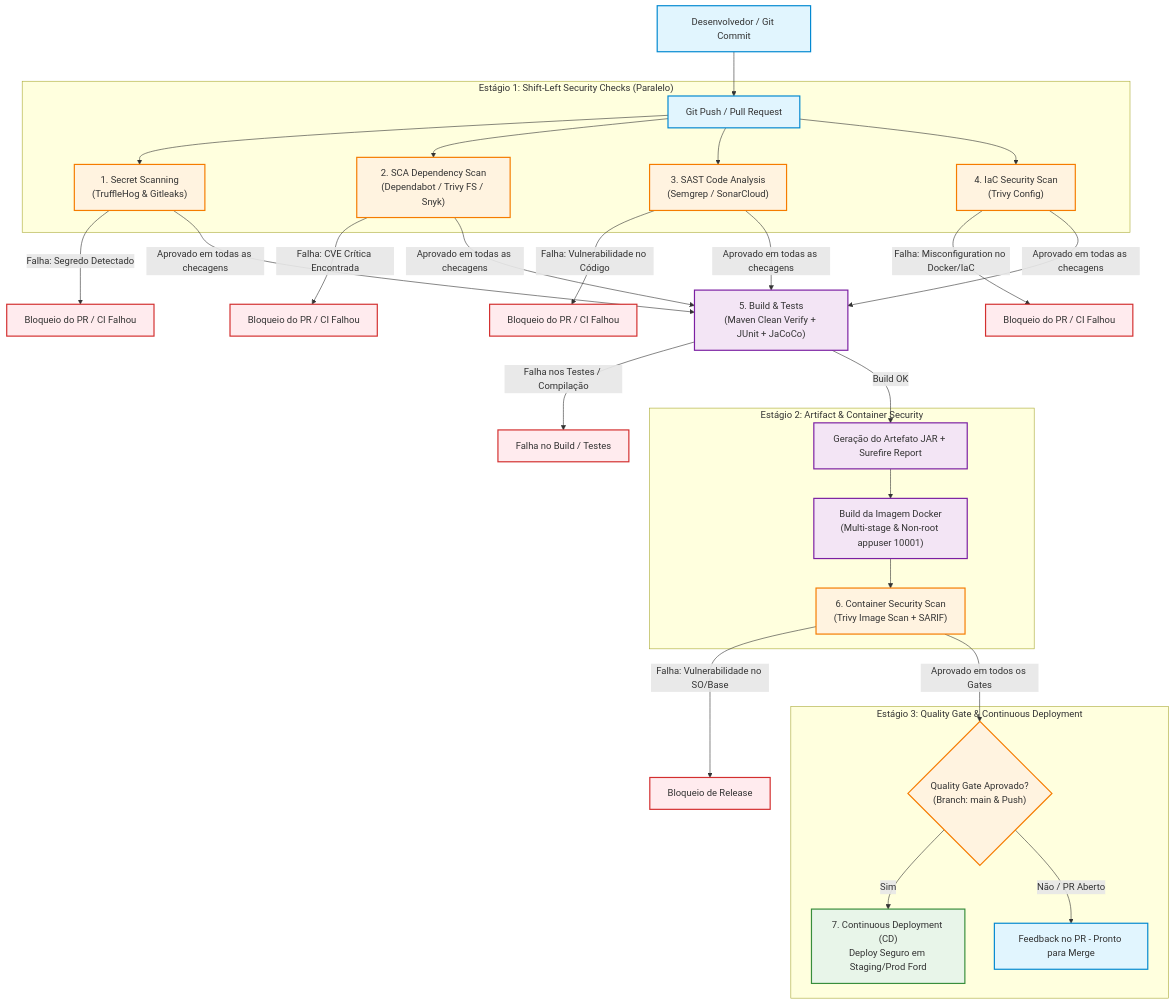
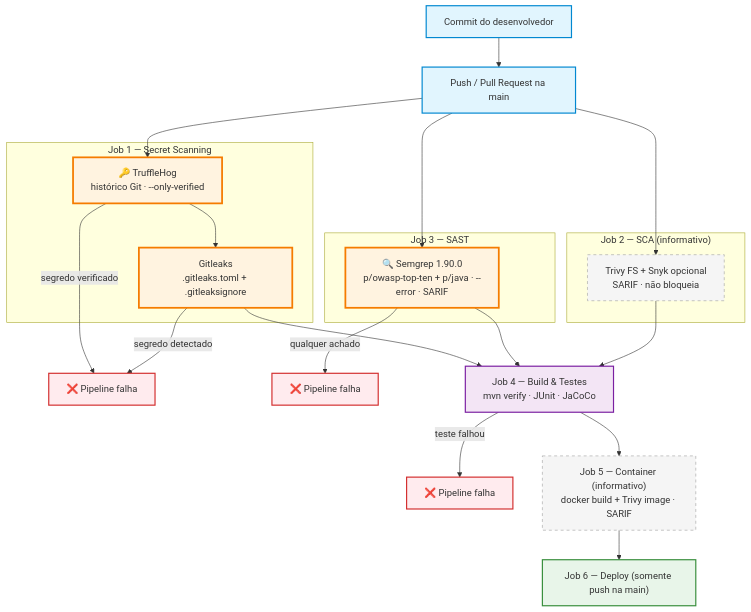
The diagram in DEVSECOPS.md (Vinicius-Prestes/specvora-service), drawn with Mermaid before and after one commit. The commit also changed other lines of this file and 26 other files, not shown here.

````diff
--- a/DEVSECOPS.md
+++ b/DEVSECOPS.md
@@ -29,41 +29,35 @@
 ```mermaid
 flowchart TD
-    %% Estilo
     classDef dev fill:#e1f5fe,stroke:#0288d1,stroke-width:2px;
-    classDef gate fill:#fff3e0,stroke:#f57c00,stroke-width:2px;
+    classDef gate fill:#fff3e0,stroke:#f57c00,stroke-width:3px;
+    classDef info fill:#f5f5f5,stroke:#9e9e9e,stroke-dasharray: 5 5;
     classDef test fill:#f3e5f5,stroke:#7b1fa2,stroke-width:2px;
     classDef deploy fill:#e8f5e9,stroke:#388e3c,stroke-width:2px;
     classDef fail fill:#ffebee,stroke:#d32f2f,stroke-width:2px;
 
-    Dev[Desenvolvedor / Git Commit]:::dev --> Push[Git Push / Pull Request]:::dev
+    Dev[Commit do desenvolvedor]:::dev --> Push[Push / Pull Request na main]:::dev
 
-    subgraph Phase1 ["Estágio 1: Shift-Left Security Checks (Paralelo)"]
-        Push --> SecretScan["1. Secret Scanning<br/>(TruffleHog & Gitleaks)"]:::gate
-        Push --> SCA["2. SCA Dependency Scan<br/>(Dependabot / Trivy FS / Snyk)"]:::gate
-        Push --> SAST["3. SAST Code Analysis<br/>(Semgrep / SonarCloud)"]:::gate
-        Push --> IaC["4. IaC Security Scan<br/>(Trivy Config)"]:::gate
+    subgraph J1 ["Job 1 — Secret Scanning"]
+        TH["🔑 TruffleHog<br/>histórico Git · --only-verified"]:::gate
+        GL["Gitleaks<br/>.gitleaks.toml + .gitleaksignore"]:::gate
+    end
+    subgraph J3 ["Job 3 — SAST"]
+        SG["🔍 Semgrep 1.90.0<br/>p/owasp-top-ten + p/java · --error · SARIF"]:::gate
+    end
+    subgraph J2 ["Job 2 — SCA (informativo)"]
+        TFS["Trivy FS + Snyk opcional<br/>SARIF · não bloqueia"]:::info
     end
 
-    SecretScan -->|Falha: Segredo Detectado| Block1[Bloqueio do PR / CI Falhou]:::fail
-    SCA -->|Falha: CVE Crítica Encontrada| Block2[Bloqueio do PR / CI Falhou]:::fail
-    SAST -->|Falha: Vulnerabilidade no Código| Block3[Bloqueio do PR / CI Falhou]:::fail
-    IaC -->|Falha: Misconfiguration no Docker/IaC| Block4[Bloqueio do PR / CI Falhou]:::fail
+    Push --> TH --> GL
+    Push --> SG
+    Push --> TFS
 
-    SecretScan & SCA & SAST & IaC -->|Aprovado em todas as checagens| Build["5. Build & Tests<br/>(Maven Clean Verify + JUnit + JaCoCo)"]:::test
+    TH -->|segredo verificado| X1[❌ Pipeline falha]:::fail
+    GL -->|segredo detectado| X1
+    SG -->|qualquer achado| X2[❌ Pipeline falha]:::fail
 
-    Build -->|Falha nos Testes / Compilação| Block5[Falha no Build / Testes]:::fail
-    Build -->|Build OK| Artifact["Geração do Artefato JAR + Surefire Report"]:::test
-
-    subgraph Phase2 ["Estágio 2: Artifact & Container Security"]
-        Artifact --> DockerBuild["Build da Imagem Docker<br/>(Multi-stage & Non-root appuser 10001)"]:::test
-        DockerBuild --> ContainerScan["6. Container Security Scan<br/>(Trivy Image Scan + SARIF)"]:::gate
-    end
-
-    ContainerScan -->|Falha: Vulnerabilidade no SO/Base| Block6[Bloqueio de Release]:::fail
-
-    subgraph Phase3 ["Estágio 3: Quality Gate & Continuous Deployment"]
-        ContainerScan -->|Aprovado em todos os Gates| GateFinal{"Quality Gate Aprovado?<br/>(Branch: main & Push)"}:::gate
-        GateFinal -->|Sim| Deploy["7. Continuous Deployment (CD)<br/>Deploy Seguro em Staging/Prod Ford"]:::deploy
-        GateFinal -->|Não / PR Aberto| PRReady[Feedback no PR - Pronto para Merge]:::dev
-    end
+    GL & SG & TFS --> Build["Job 4 — Build & Testes<br/>mvn verify · JUnit · JaCoCo"]:::test
+    Build -->|teste falhou| X3[❌ Pipeline falha]:::fail
+    Build --> Img["Job 5 — Container (informativo)<br/>docker build + Trivy image · SARIF"]:::info
+    Img --> Deploy["Job 6 — Deploy (somente push na main)"]:::deploy
 ```
````
